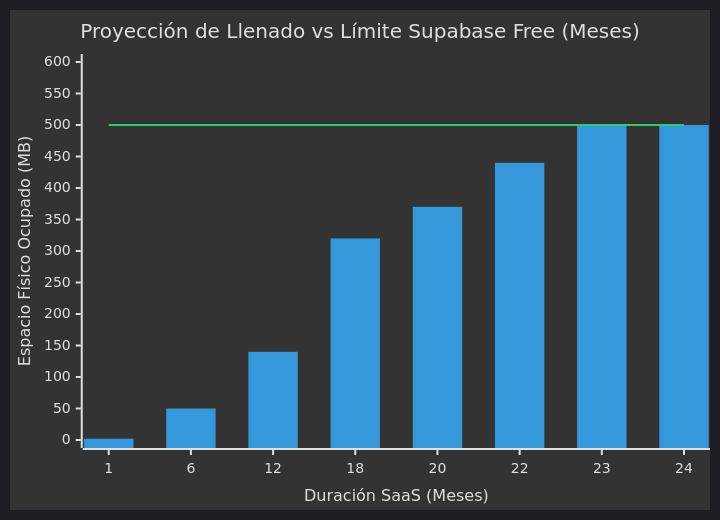
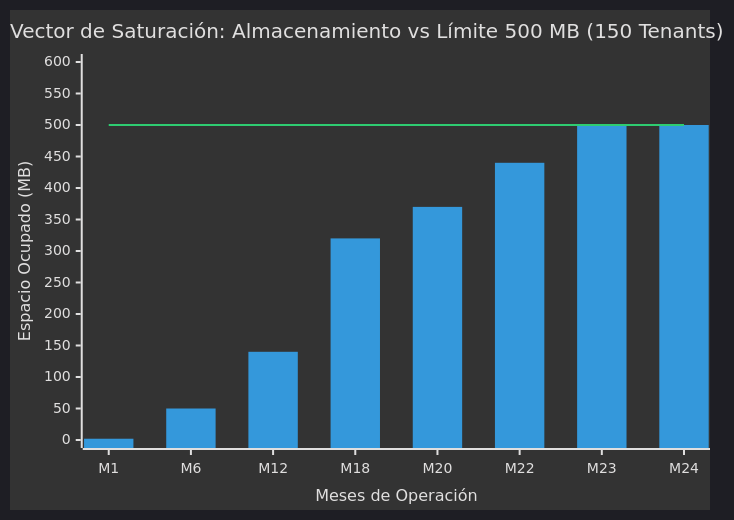
One commit to redentor159/sistema-erp-inventario changed the sixth of 6 diagrams in public/docs/19_TRUCOS_ESCALABILIDAD_SAAS.md. Above: the diagram before and after it, drawn with Mermaid. The commit also changed other lines of this file and 1 other file, not shown here.

Commit message:
docs: refactorizar enciclopedia SaaS en documento tecnico-ejecutivo con matriz de priorizacion y diagramas Mermaid

````diff
--- a/public/docs/19_TRUCOS_ESCALABILIDAD_SAAS.md
+++ b/public/docs/19_TRUCOS_ESCALABILIDAD_SAAS.md
@@ -202,9 +322,9 @@
 ```mermaid
 %%{init: {'theme': 'dark'}}%%
 xychart-beta
-    title "Proyección de Llenado vs Límite Supabase Free (Meses)"
-    x-axis "Duración SaaS (Meses)" [1, 6, 12, 18, 20, 22, 23, 24]
-    y-axis "Espacio Físico Ocupado (MB)" 0 --> 600
+    title "Vector de Saturación: Almacenamiento vs Límite 500 MB (150 Tenants)"
+    x-axis "Meses de Operación" [M1, M6, M12, M18, M20, M22, M23, M24]
+    y-axis "Espacio Ocupado (MB)" 0 --> 600
     bar [2, 50, 140, 320, 370, 440, 500, 500]
     line [500, 500, 500, 500, 500, 500, 500, 500]
 ```
````
